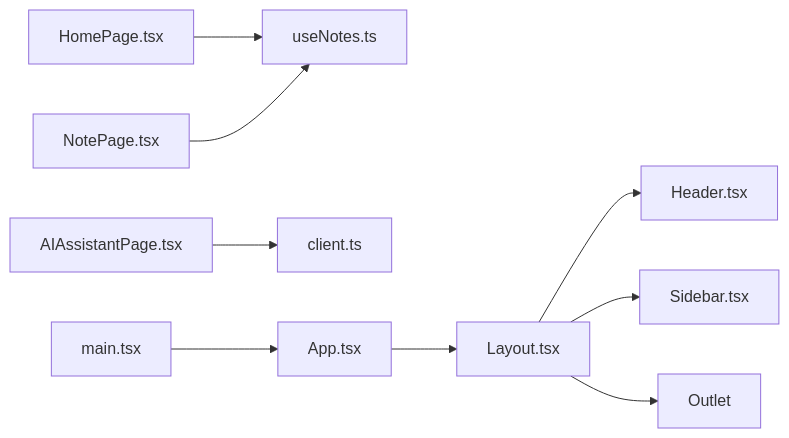
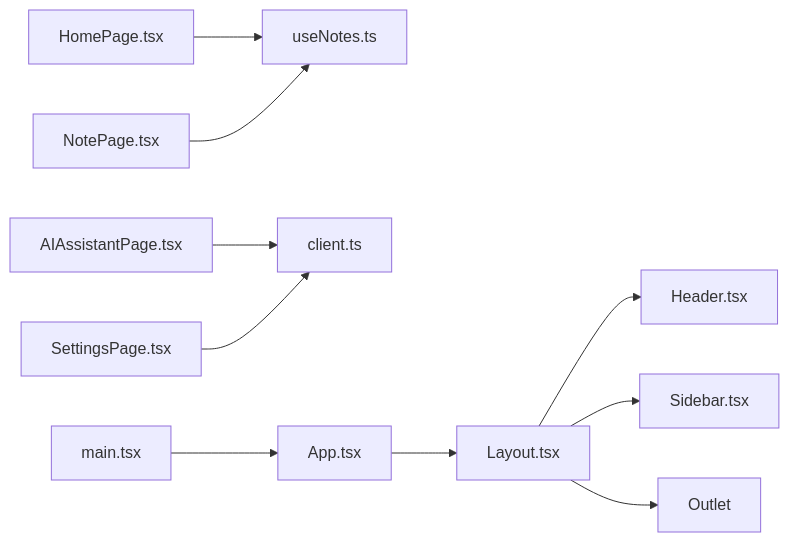
The eighth of 8 diagrams in .qoder/repowiki/zh/content/Web前端应用/页面和路由.md (acproject/tomato_notebook), drawn with Mermaid before and after one commit. The commit also changed other lines of this file and 14 other files, not shown here.

````diff
--- a/.qoder/repowiki/zh/content/Web前端应用/页面和路由.md
+++ b/.qoder/repowiki/zh/content/Web前端应用/页面和路由.md
@@ -299,11 +355,12 @@
 ```mermaid
 graph LR
 HP["HomePage.tsx"] --> UN["useNotes.ts"]
 NP["NotePage.tsx"] --> UN
 AIP["AIAssistantPage.tsx"] --> AC["client.ts"]
+SP["SettingsPage.tsx"] --> AC
 L["Layout.tsx"] --> H["Header.tsx"]
 L --> S["Sidebar.tsx"]
 L --> O["Outlet"]
 A["App.tsx"] --> L
 M["main.tsx"] --> A
 ```
````
